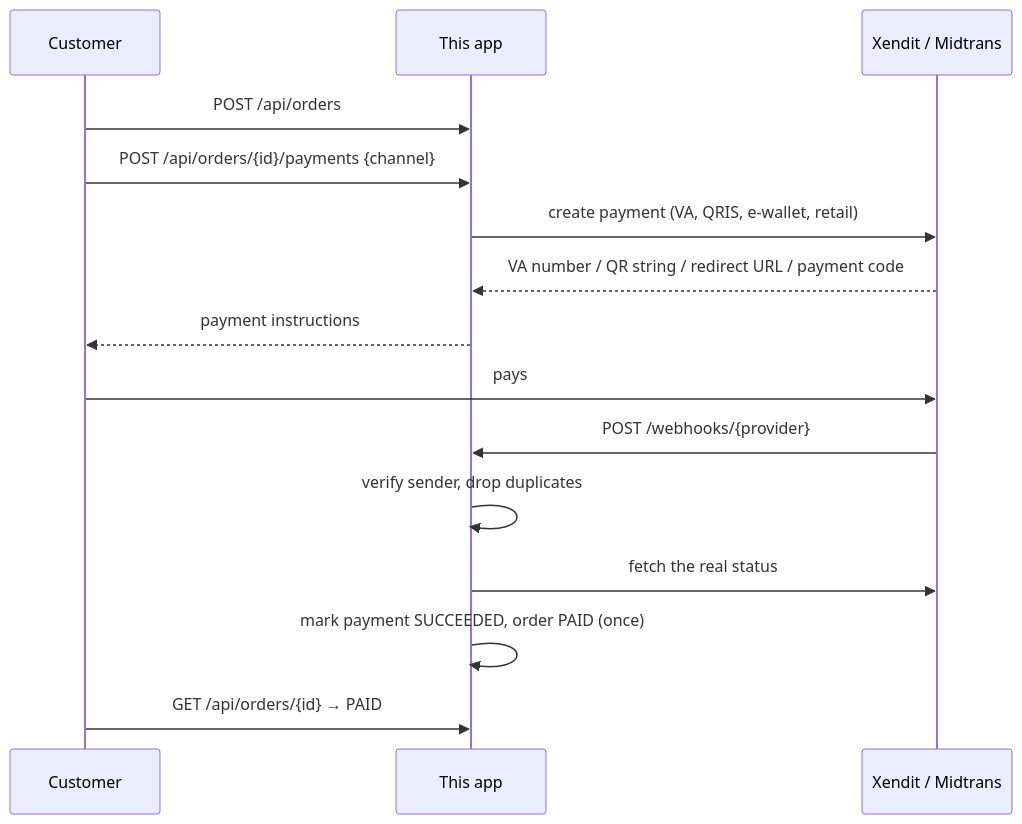
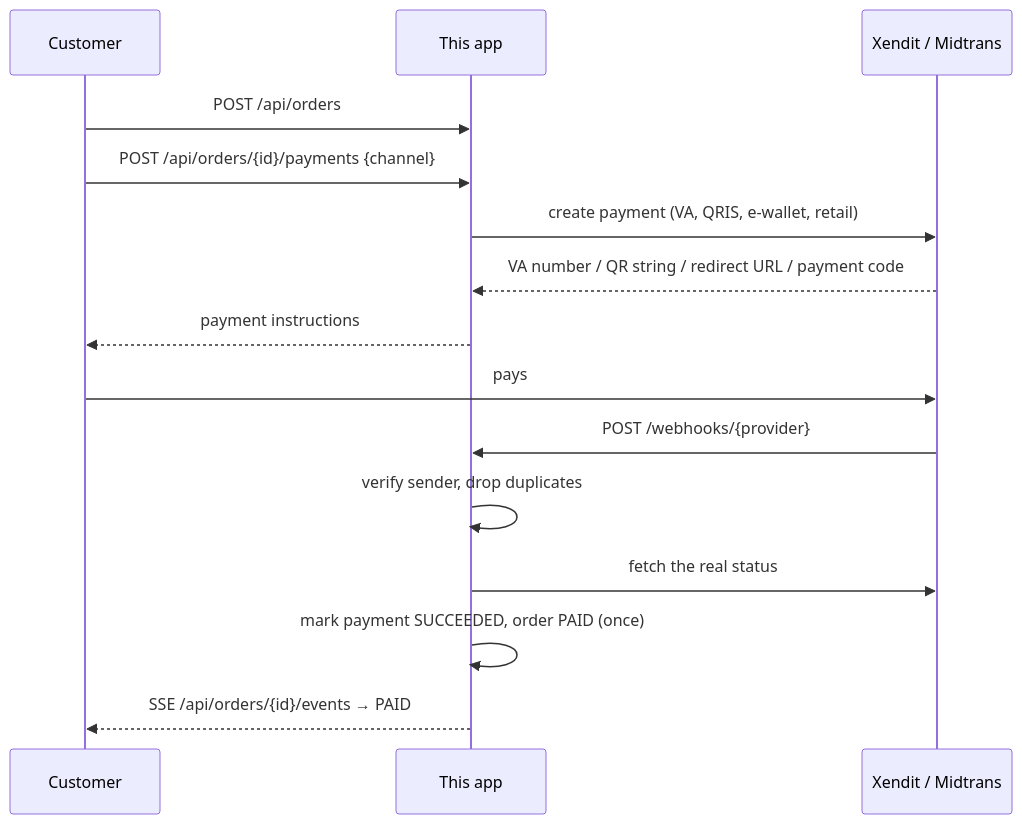
Before and after one commit to Mauludinegi/payment-gateway-starter: the diagram in README.md, drawn with Mermaid. The commit also changed other lines of this file and 75 other files, not shown here.

````diff
--- a/README.md
+++ b/README.md
@@ -64,17 +79,17 @@
 ```mermaid
 sequenceDiagram
     participant C as Customer
     participant A as This app
     participant G as Xendit / Midtrans
     C->>A: POST /api/orders
     C->>A: POST /api/orders/{id}/payments {channel}
     A->>G: create payment (VA, QRIS, e-wallet, retail)
     G-->>A: VA number / QR string / redirect URL / payment code
     A-->>C: payment instructions
     C->>G: pays
     G->>A: POST /webhooks/{provider}
     A->>A: verify sender, drop duplicates
     A->>G: fetch the real status
     A->>A: mark payment SUCCEEDED, order PAID (once)
-    C->>A: GET /api/orders/{id} → PAID
+    A-->>C: SSE /api/orders/{id}/events → PAID
 ```
````
